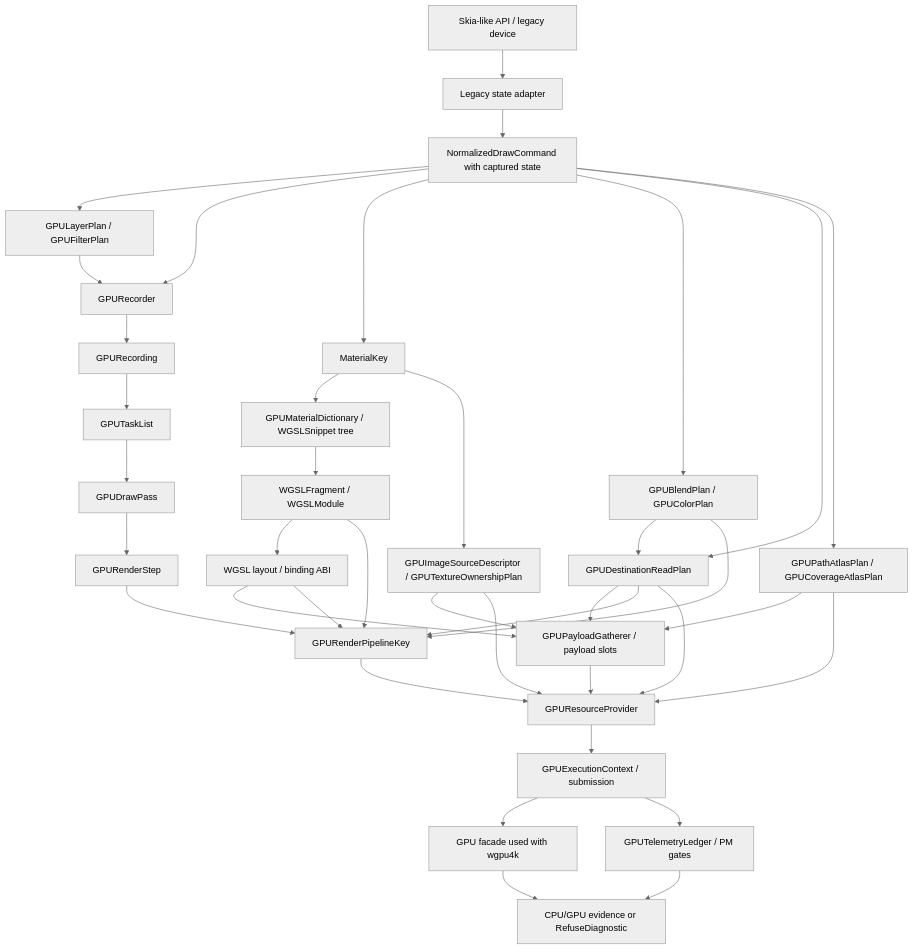
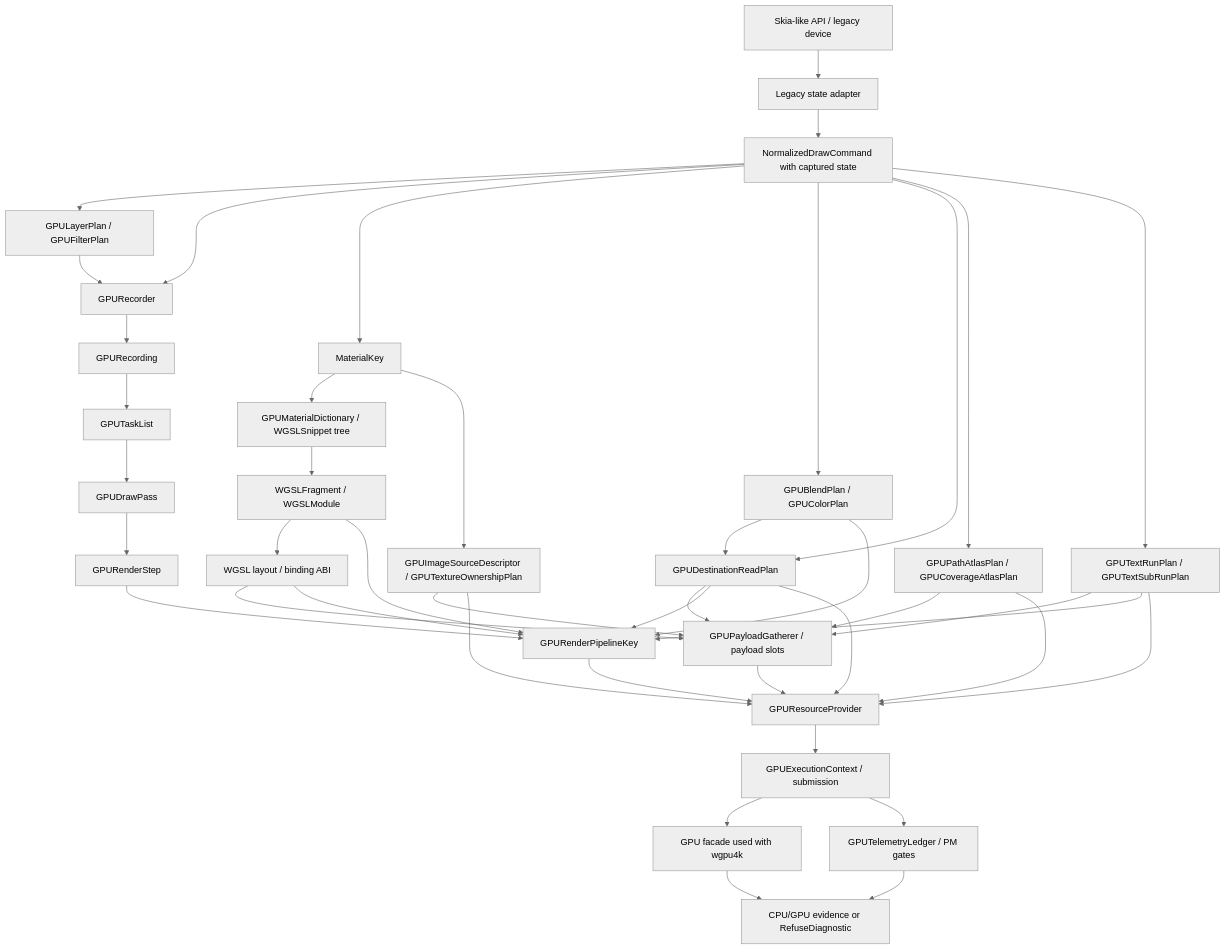
One commit to ygdrasil-io/kanvas changed the diagram in .upstream/specs/gpu-renderer/README.md. Above: the diagram before and after it, drawn with Mermaid (neutral theme). The commit also changed other lines of this file and 19 other files, not shown here.

Commit message:
Specify GPU text glyph pipeline target

````diff
--- a/.upstream/specs/gpu-renderer/README.md
+++ b/.upstream/specs/gpu-renderer/README.md
@@ -171,40 +176,44 @@
 ```mermaid
 flowchart TD
     legacy["Skia-like API / legacy device"] --> adapter["Legacy state adapter"]
     adapter --> command["NormalizedDrawCommand with captured state"]
     command --> layerplan["GPULayerPlan / GPUFilterPlan"]
     command --> recorder["GPURecorder"]
     layerplan --> recorder
     recorder --> recording["GPURecording"]
     recording --> tasks["GPUTaskList"]
     tasks --> drawpass["GPUDrawPass"]
     drawpass --> step["GPURenderStep"]
     command --> material["MaterialKey"]
     material --> dictionary["GPUMaterialDictionary / WGSLSnippet tree"]
     command --> blend["GPUBlendPlan / GPUColorPlan"]
     command --> dstread["GPUDestinationReadPlan"]
     blend --> dstread
     dictionary --> wgsl["WGSLFragment / WGSLModule"]
     material --> textureplan["GPUImageSourceDescriptor / GPUTextureOwnershipPlan"]
     command --> atlas["GPUPathAtlasPlan / GPUCoverageAtlasPlan"]
+    command --> text["GPUTextRunPlan / GPUTextSubRunPlan"]
     wgsl --> abi["WGSL layout / binding ABI"]
     abi --> payload["GPUPayloadGatherer / payload slots"]
     textureplan --> payload
     atlas --> payload
+    text --> payload
     dstread --> payload
     step --> pipeline["GPURenderPipelineKey"]
     blend --> pipeline
     dstread --> pipeline
+    text --> pipeline
     abi --> pipeline
     wgsl --> pipeline
     payload --> resources
     textureplan --> resources
     atlas --> resources
+    text --> resources
     dstread --> resources
     pipeline --> resources["GPUResourceProvider"]
     resources --> execution["GPUExecutionContext / submission"]
     execution --> facade["GPU facade used with wgpu4k"]
     execution --> telemetry["GPUTelemetryLedger / PM gates"]
     facade --> evidence["CPU/GPU evidence or RefuseDiagnostic"]
     telemetry --> evidence
 ```
````
